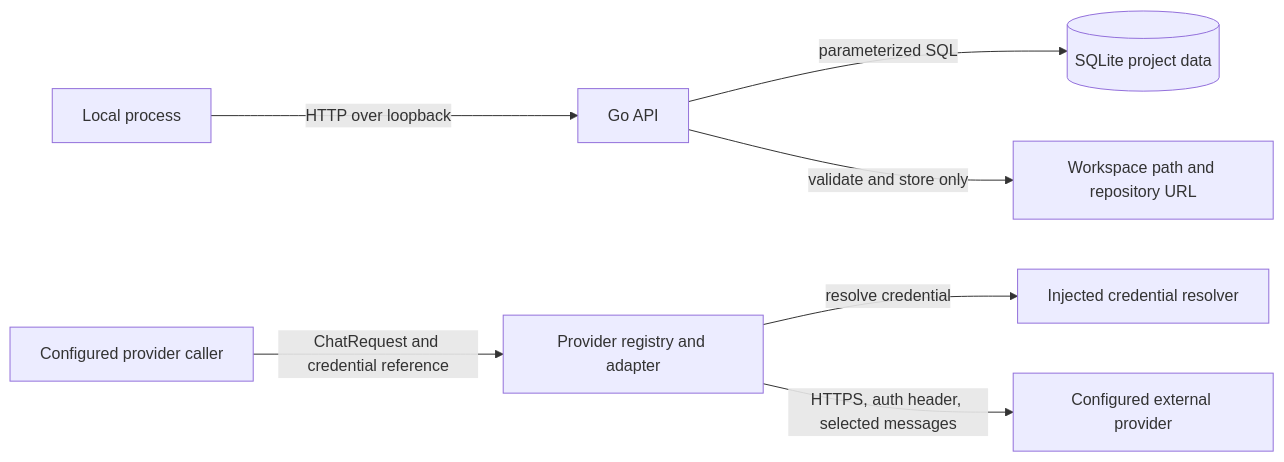
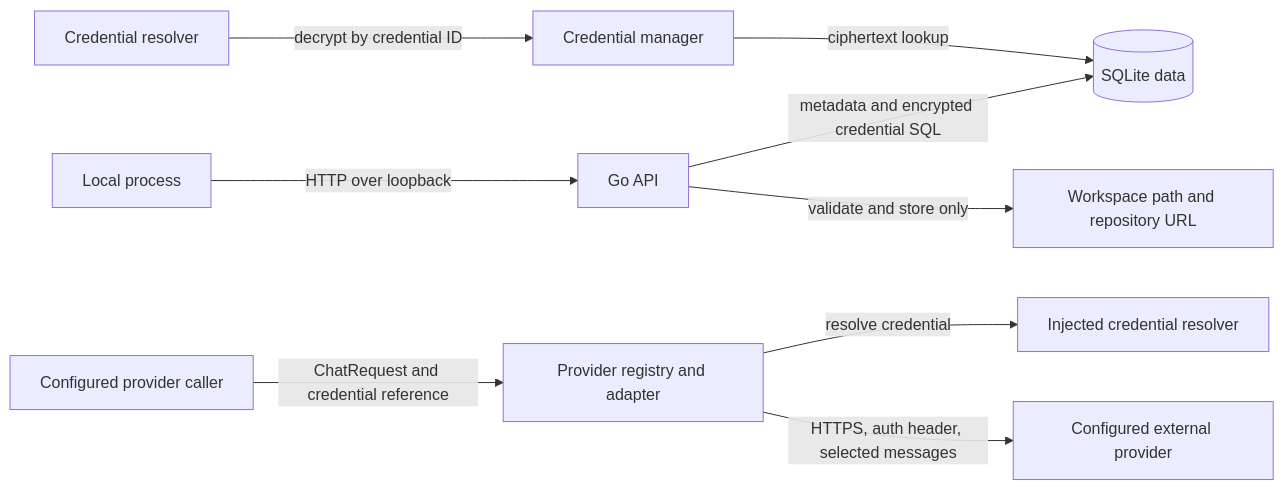
One commit to Hangell/boAIrd changed the diagram in THREAT_MODEL.md. Above: the diagram before and after it, drawn with Mermaid. The commit also changed other lines of this file and 18 other files, not shown here.

````diff
--- a/THREAT_MODEL.md
+++ b/THREAT_MODEL.md
@@ -34,9 +34,11 @@
 ```mermaid
 flowchart LR
   Local[Local process] -->|HTTP over loopback| API[Go API]
-  API -->|parameterized SQL| DB[(SQLite project data)]
+  API -->|metadata and encrypted credential SQL| DB[(SQLite data)]
+  Runtime[Credential resolver] -->|decrypt by credential ID| Vault[Credential manager]
+  Vault -->|ciphertext lookup| DB
   API -->|validate and store only| Meta[Workspace path and repository URL]
   Caller[Configured provider caller] -->|ChatRequest and credential reference| Registry[Provider registry and adapter]
   Registry -->|resolve credential| Resolver[Injected credential resolver]
   Registry -->|HTTPS, auth header, selected messages| Vendor[Configured external provider]
 ```
````
